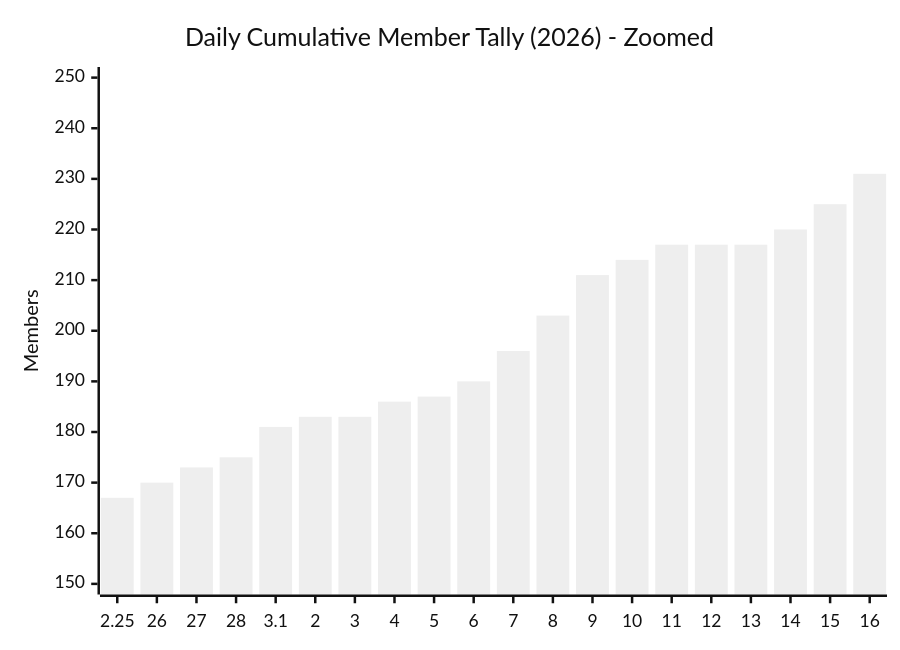
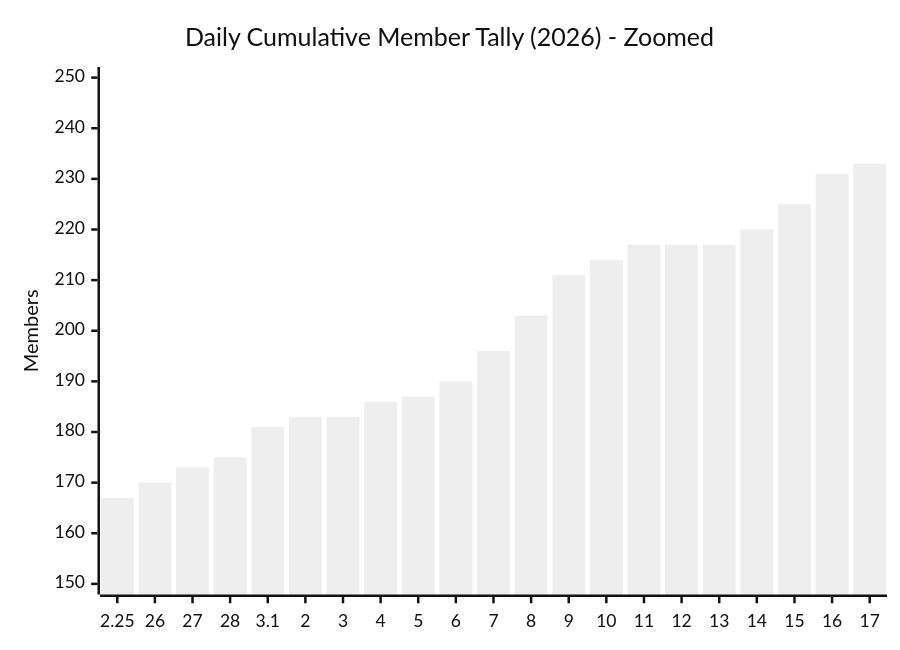
Before and after one commit to MattSherwood/March-web: the second of 3 diagrams in exports/charts/daily-cumulative-member-tally-2026.md, drawn with Mermaid (neutral theme). The commit also changed other lines of this file and 4 other files, not shown here.

````diff
--- a/exports/charts/daily-cumulative-member-tally-2026.md
+++ b/exports/charts/daily-cumulative-member-tally-2026.md
@@ -15,7 +15,7 @@
 ```mermaid
 xychart-beta
     title "Daily Cumulative Member Tally (2026) - Zoomed"
-    x-axis ["2.25", "26", "27", "28", "3.1", "2", "3", "4", "5", "6", "7", "8", "9", "10", "11", "12", "13", "14", "15", "16"]
+    x-axis ["2.25", "26", "27", "28", "3.1", "2", "3", "4", "5", "6", "7", "8", "9", "10", "11", "12", "13", "14", "15", "16", "17"]
     y-axis "Members" 150 --> 250
-    bar [167, 170, 173, 175, 181, 183, 183, 186, 187, 190, 196, 203, 211, 214, 217, 217, 217, 220, 225, 231]
+    bar [167, 170, 173, 175, 181, 183, 183, 186, 187, 190, 196, 203, 211, 214, 217, 217, 217, 220, 225, 231, 233]
 ```
````
